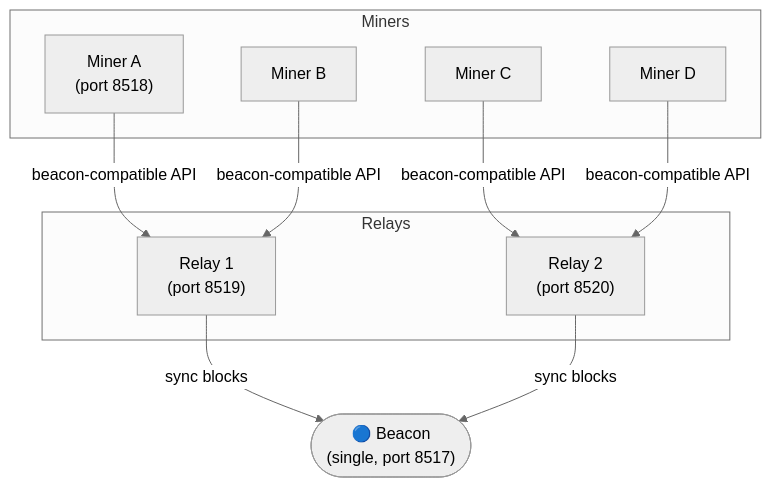
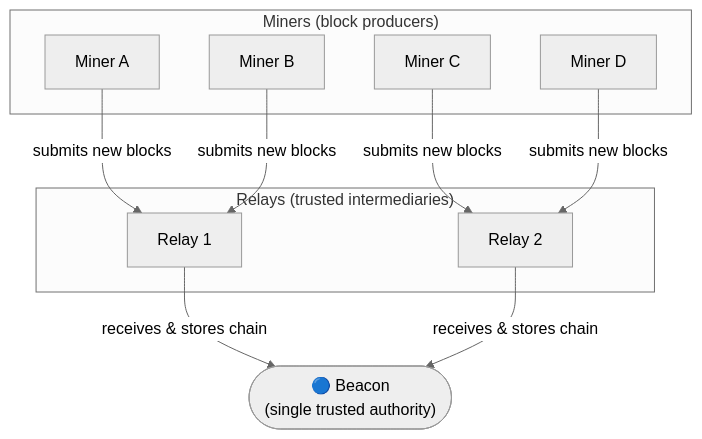
Before and after one commit to people-post/pp-ledger: the third of 6 diagrams in docs/design.md, drawn with Mermaid (neutral theme). The commit also changed other lines of this file, not shown here.

````diff
--- a/docs/design.md
+++ b/docs/design.md
@@ -86,23 +62,23 @@
 ```mermaid
 flowchart TD
-    B(["🔵 Beacon\n(single, port 8517)"])
+    B(["🔵 Beacon\n(single trusted authority)"])
 
-    subgraph Relays
-        R1["Relay 1\n(port 8519)"]
-        R2["Relay 2\n(port 8520)"]
+    subgraph Relays["Relays  (trusted intermediaries)"]
+        R1["Relay 1"]
+        R2["Relay 2"]
     end
 
-    subgraph Miners
-        M1["Miner A\n(port 8518)"]
+    subgraph Miners["Miners  (block producers)"]
+        M1["Miner A"]
         M2["Miner B"]
         M3["Miner C"]
         M4["Miner D"]
     end
 
-    R1 -- sync blocks --> B
-    R2 -- sync blocks --> B
-    M1 -- beacon-compatible API --> R1
-    M2 -- beacon-compatible API --> R1
-    M3 -- beacon-compatible API --> R2
-    M4 -- beacon-compatible API --> R2
+    R1 -- receives & stores chain --> B
+    R2 -- receives & stores chain --> B
+    M1 -- submits new blocks --> R1
+    M2 -- submits new blocks --> R1
+    M3 -- submits new blocks --> R2
+    M4 -- submits new blocks --> R2
 ```
````
